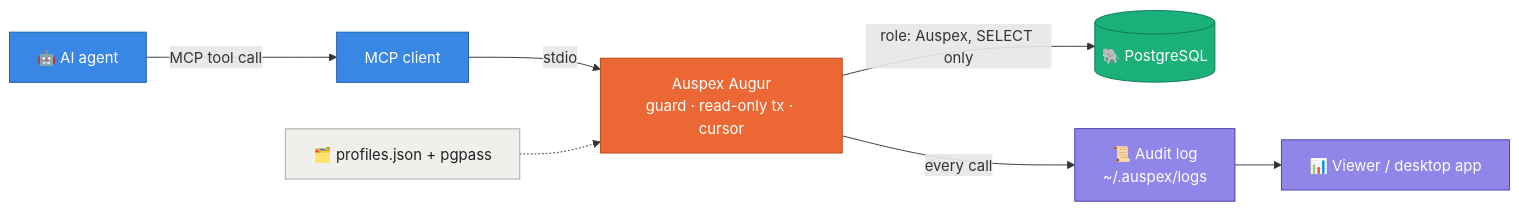
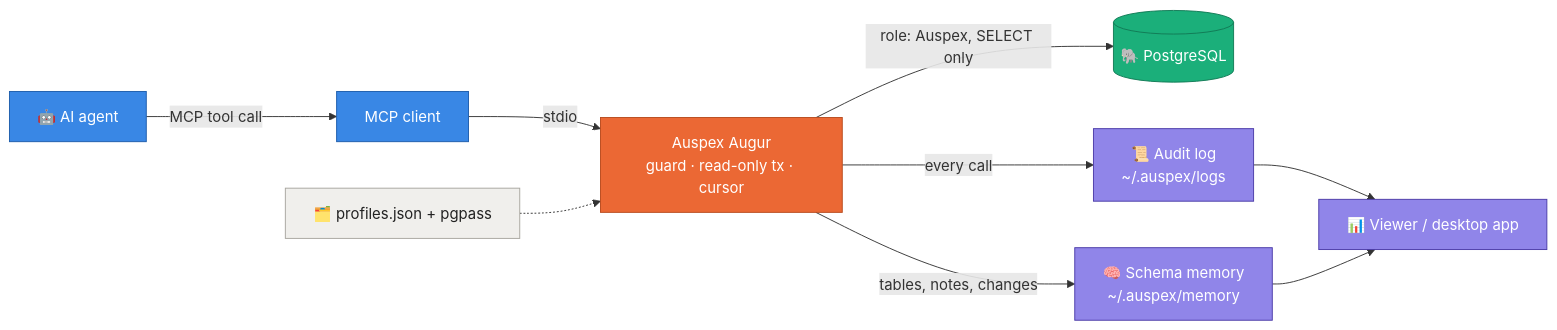
Before and after one commit to baranmerez/Auspex-Augur: the diagram in README.md, drawn with Mermaid. The commit also changed other lines of this file and 1 other file, not shown here.

Commit message:
docs(auspex): schema memory, schema tab and memory tools in README and handoff

````diff
--- a/README.md
+++ b/README.md
@@ -72,20 +77,22 @@
 ```mermaid
 flowchart LR
     A["🤖 AI agent"] -->|MCP tool call| C["MCP client"]
     C -->|stdio| S["Auspex Augur<br/>guard · read-only tx · cursor"]
     S -->|role: Auspex, SELECT only| D[("🐘 PostgreSQL")]
     S -->|every call| L["📜 Audit log<br/>~/.auspex/logs"]
+    S -->|tables, notes, changes| M["🧠 Schema memory<br/>~/.auspex/memory"]
     L --> V["📊 Viewer / desktop app"]
+    M --> V
     P["🗂️ profiles.json + pgpass"] -.-> S
 
     classDef agent fill:#3987e5,stroke:#1c5cab,color:#fff
     classDef core fill:#eb6834,stroke:#b84a1d,color:#fff
     classDef db fill:#1baf7a,stroke:#127a55,color:#fff
     classDef log fill:#9085e9,stroke:#4a3aa7,color:#fff
     classDef cfg fill:#f0efec,stroke:#a7a59e,color:#222
     class A,C agent
     class S core
     class D db
-    class L,V log
+    class L,V,M log
     class P cfg
 ```
````
